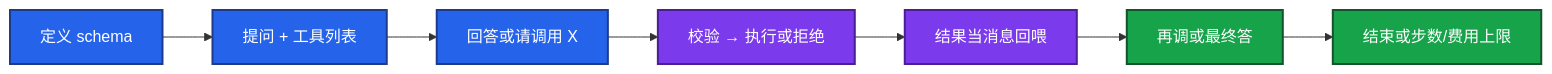
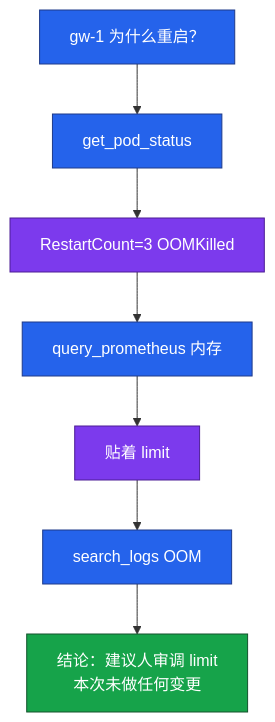
Before and after one commit to ml-cuizijun/LearnToLilith: the third of 7 diagrams in 09-AI与智能运维/04-Function-Calling与Tool-Use/知识点.md, drawn with Mermaid. The commit also changed other lines of this file and 213 other files, not shown here.

````diff
--- a/09-AI与智能运维/04-Function-Calling与Tool-Use/知识点.md
+++ b/09-AI与智能运维/04-Function-Calling与Tool-Use/知识点.md
@@ -133,16 +152,13 @@
 ```mermaid
-flowchart LR
-    A[定义 schema] --> B[提问 + 工具列表]
-    B --> C[回答或请调用 X]
-    C --> D[校验 → 执行或拒绝]
-    D --> E[结果当消息回喂]
-    E --> F[再调或最终答]
-    F --> G[结束或步数/费用上限]
+flowchart TB
+    classDef t fill:#2563EB,stroke:#1E3A8A,color:#fff
+    classDef d fill:#7C3AED,stroke:#4C1D95,color:#fff
+    classDef ok fill:#16A34A,stroke:#14532D,color:#fff
 
-    classDef a fill:#2563EB,stroke:#1E3A8A,stroke-width:2px,color:#fff
-    classDef b fill:#7C3AED,stroke:#4C1D95,stroke-width:2px,color:#fff
-    classDef c fill:#16A34A,stroke:#14532D,stroke-width:2px,color:#fff
-    class A,B,C a
-    class D,E b
-    class F,G c
+    u[gw-1 为什么重启？]:::t --> a[get_pod_status]:::t
+    a --> o[RestartCount=3 OOMKilled]:::d
+    o --> b[query_prometheus 内存]:::t
+    b --> m[贴着 limit]:::d
+    m --> c[search_logs OOM]:::t
+    c --> f[结论：建议人审调 limit<br/>本次未做任何变更]:::ok
 ```
````
